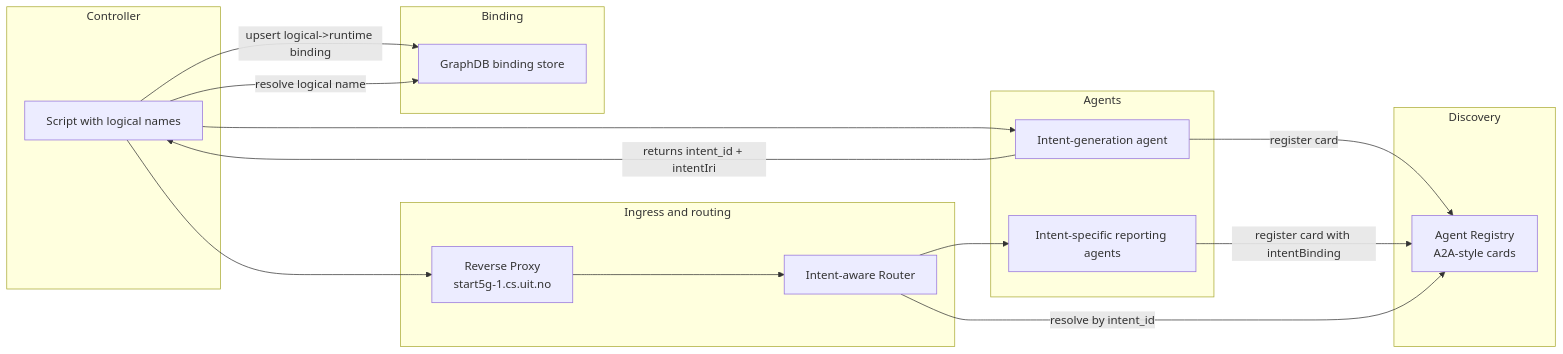
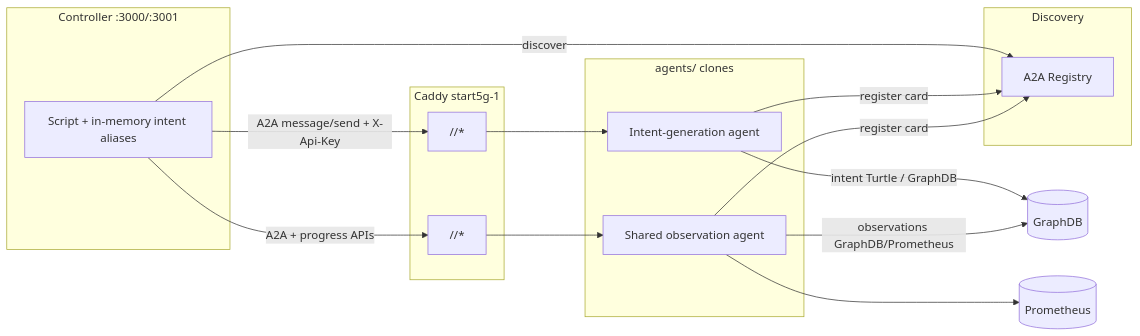
One commit to INTEND-Project/5G4Data-public changed the diagram in AgenticDataSimulator/SimulatorAgentKernel/docs/MultiagentDataGenerationSimulator.md. Above: the diagram before and after it, drawn with Mermaid. The commit also changed other lines of this file and 6 other files, not shown here.

````diff
--- a/AgenticDataSimulator/SimulatorAgentKernel/docs/MultiagentDataGenerationSimulator.md
+++ b/AgenticDataSimulator/SimulatorAgentKernel/docs/MultiagentDataGenerationSimulator.md
@@ -78,38 +73,31 @@
 ```mermaid
 flowchart LR
-  subgraph CTRL[Controller]
-    S[Script with logical names]
+  subgraph CTRL[Controller :3000/:3001]
+    S[Script + in-memory intent aliases]
   end
 
   subgraph DISC[Discovery]
-    REG[Agent Registry\nA2A-style cards]
+    REG[A2A Registry]
   end
 
-  subgraph ROUTE[Ingress and routing]
-    RP[Reverse Proxy\nstart5g-1.cs.uit.no]
-    RTR[Intent-aware Router]
+  subgraph INGRESS[Caddy start5g-1]
+    P1["/<intent-agent-name>/*"]
+    P2["/<observation-agent-name>/*"]
   end
 
-  subgraph AG[Agents]
+  subgraph AG[agents/ clones]
     GEN[Intent-generation agent]
-    REP[Intent-specific reporting agents]
+    OBS[Shared observation agent]
   end
 
-  subgraph BIND[Binding]
-    GDB[GraphDB binding store]
-  end
-
-  S --> GEN
-  GEN -->|returns intent_id + intentIri| S
-  S -->|upsert logical->runtime binding| GDB
-
+  S -->|discover| REG
   GEN -->|register card| REG
-  REP -->|register card with intentBinding| REG
-
-  S --> RP
-  RP --> RTR
-  RTR -->|resolve by intent_id| REG
-  RTR --> REP
-
-  S -->|resolve logical name| GDB
+  OBS -->|register card| REG
+  S -->|A2A message/send + X-Api-Key| P1
+  P1 --> GEN
+  S -->|A2A + progress APIs| P2
+  P2 --> OBS
+  GEN -->|intent Turtle / GraphDB| GDB[(GraphDB)]
+  OBS -->|observations GraphDB/Prometheus| GDB
+  OBS --> PROM[(Prometheus)]
 ```
````
